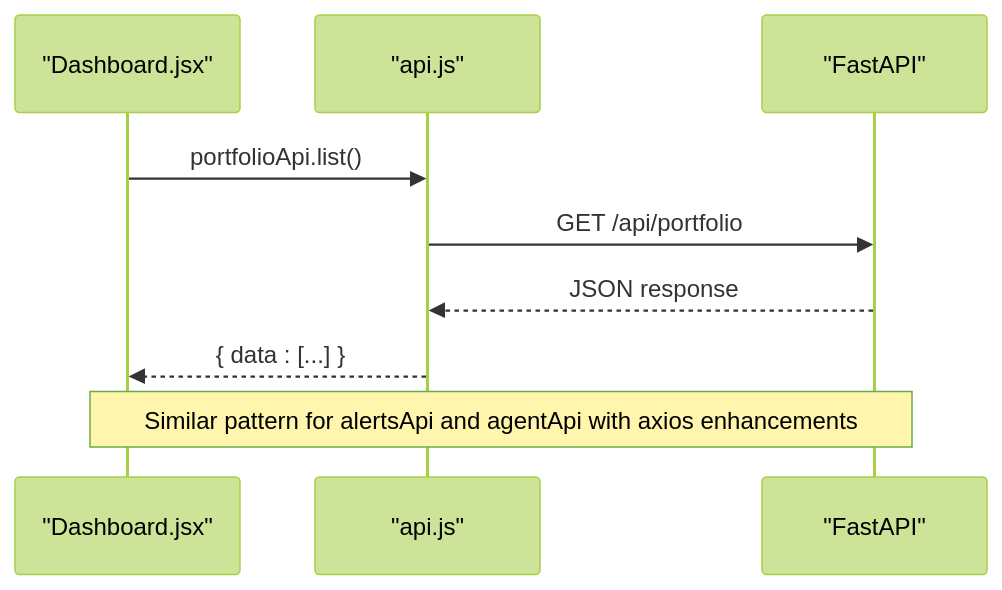
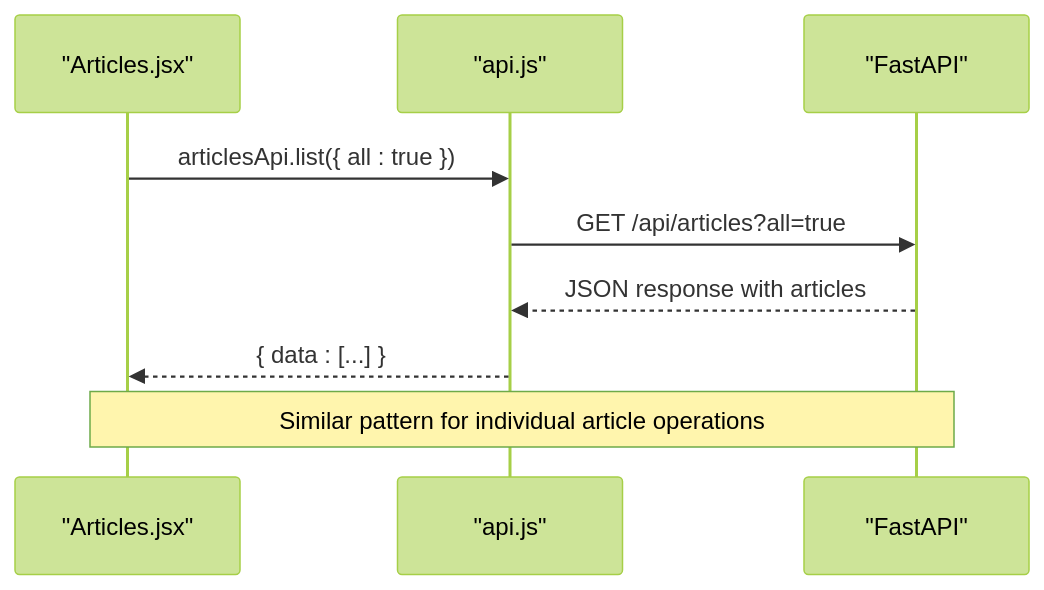
One commit to ishwarambare/ishwarambare-app changed the fifth of 11 diagrams in .qoder/repowiki/en/content/Frontend Architecture/React Application Structure.md. Above: the diagram before and after it, drawn with Mermaid (forest theme). The commit also changed other lines of this file and 10 other files, not shown here.

First line of the commit message:
docs(article): add comprehensive API and database documentation for Article Management

````diff
--- a/.qoder/repowiki/en/content/Frontend Architecture/React Application Structure.md
+++ b/.qoder/repowiki/en/content/Frontend Architecture/React Application Structure.md
@@ -285,11 +335,11 @@
 ```mermaid
 sequenceDiagram
-participant Page as "Dashboard.jsx"
+participant Page as "Articles.jsx"
 participant API as "api.js"
 participant Backend as "FastAPI"
-Page->>API : portfolioApi.list()
-API->>Backend : GET /api/portfolio
-Backend-->>API : JSON response
+Page->>API : articlesApi.list({ all : true })
+API->>Backend : GET /api/articles?all=true
+Backend-->>API : JSON response with articles
 API-->>Page : { data : [...] }
-Note over Page,Backend : Similar pattern for alertsApi and agentApi with axios enhancements
+Note over Page,Backend : Similar pattern for individual article operations
 ```
````
